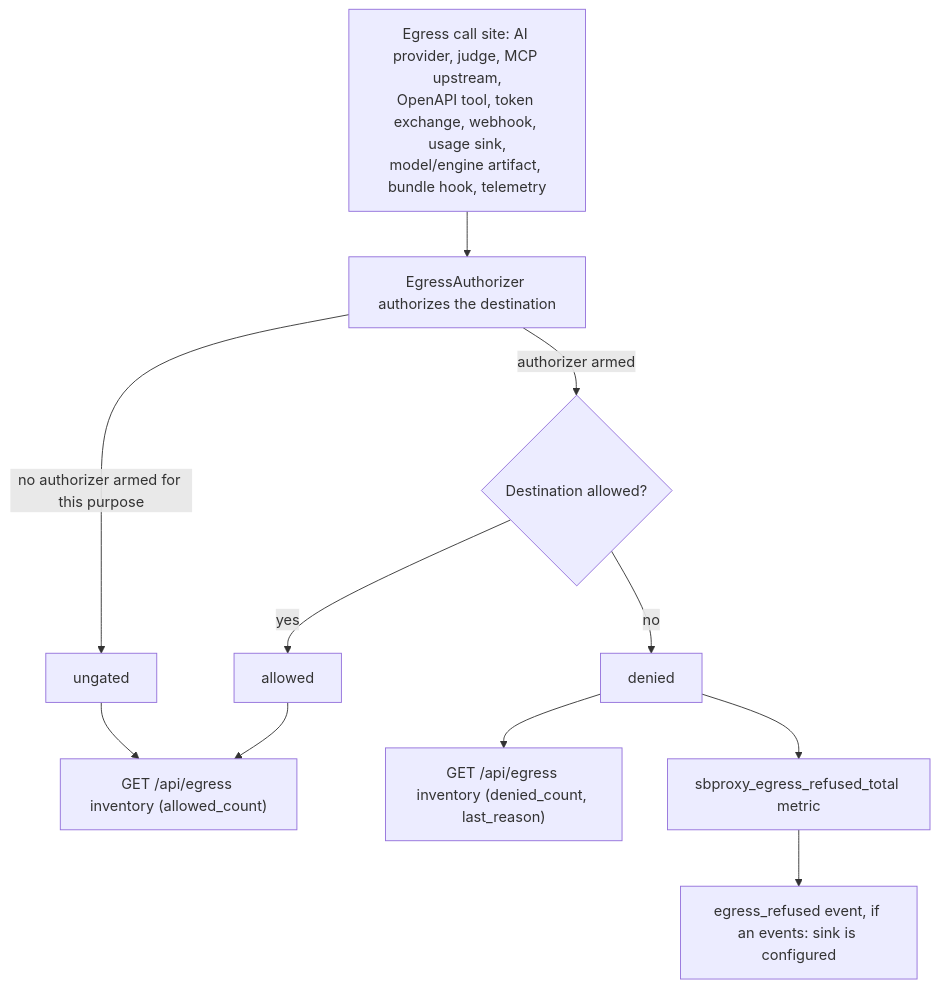
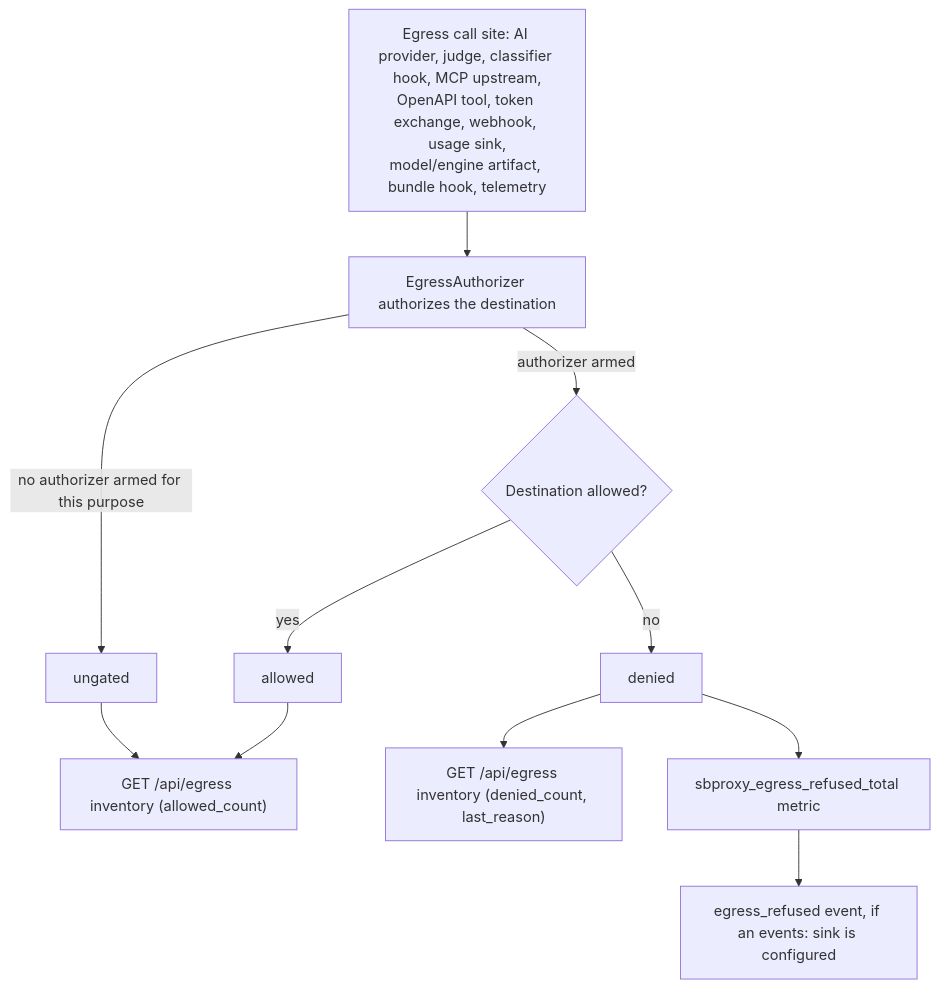
Before and after one commit to soapbucket/sbproxy: the second of 2 diagrams in docs/admin-api-reference.md, drawn with Mermaid. The commit also changed other lines of this file and 67 other files, not shown here.

````diff
--- a/docs/admin-api-reference.md
+++ b/docs/admin-api-reference.md
@@ -1685,13 +1685,13 @@
 ```mermaid
 flowchart TD
-    A["Egress call site: AI provider, judge, MCP upstream,\nOpenAPI tool, token exchange, webhook, usage sink,\nmodel/engine artifact, bundle hook, telemetry"] --> B[EgressAuthorizer authorizes the destination]
+    A["Egress call site: AI provider, judge, classifier hook, MCP upstream,\nOpenAPI tool, token exchange, webhook, usage sink,\nmodel/engine artifact, bundle hook, telemetry"] --> B[EgressAuthorizer authorizes the destination]
     B -->|no authorizer armed for this purpose| C[ungated]
     B -->|authorizer armed| D{Destination allowed?}
     D -->|yes| E[allowed]
     D -->|no| F[denied]
     C --> G["GET /api/egress inventory (allowed_count)"]
     E --> G
     F --> H["GET /api/egress inventory (denied_count, last_reason)"]
     F --> I[sbproxy_egress_refused_total metric]
     I --> J["egress_refused event, if an events: sink is configured"]
 ```
````
